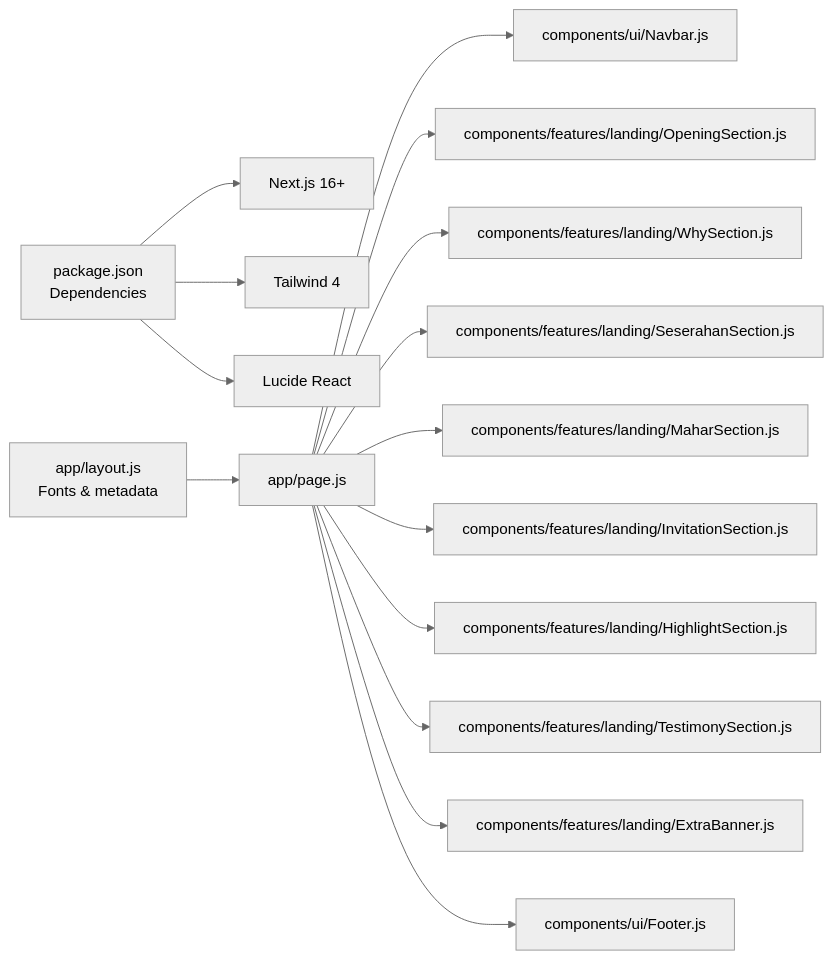
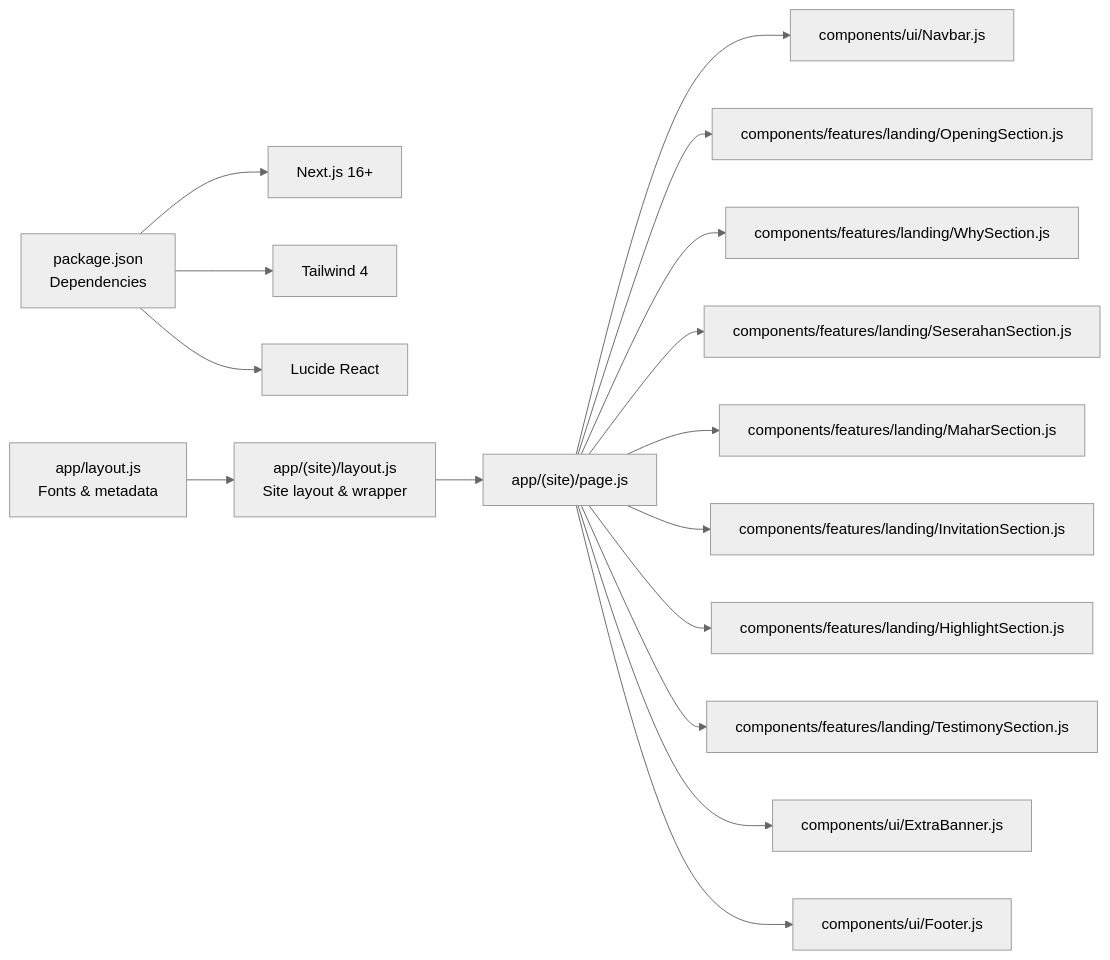
The sixth of 6 diagrams in docs/en/content/Project Overview.md (algorithmsEvolve/momentoclient-fe), drawn with Mermaid (neutral theme) before and after one commit. The commit also changed other lines of this file and 14 other files, not shown here.

````diff
--- a/docs/en/content/Project Overview.md
+++ b/docs/en/content/Project Overview.md
@@ -303,17 +305,18 @@
 ```mermaid
 graph LR
 PJ["package.json<br/>Dependencies"] --> NX["Next.js 16+"]
 PJ --> TW["Tailwind 4"]
 PJ --> LC["Lucide React"]
-LYT["app/layout.js<br/>Fonts & metadata"] --> PG["app/page.js"]
+LYT["app/layout.js<br/>Fonts & metadata"] --> SL["app/(site)/layout.js<br/>Site layout & wrapper"]
+SL --> PG["app/(site)/page.js"]
 PG --> NAV["components/ui/Navbar.js"]
 PG --> OPS["components/features/landing/OpeningSection.js"]
 PG --> WYS["components/features/landing/WhySection.js"]
 PG --> SES["components/features/landing/SeserahanSection.js"]
 PG --> MAH["components/features/landing/MaharSection.js"]
 PG --> INV["components/features/landing/InvitationSection.js"]
 PG --> HIL["components/features/landing/HighlightSection.js"]
 PG --> TST["components/features/landing/TestimonySection.js"]
-PG --> EBA["components/features/landing/ExtraBanner.js"]
+PG --> EBA["components/ui/ExtraBanner.js"]
 PG --> FTR["components/ui/Footer.js"]
 ```
````
